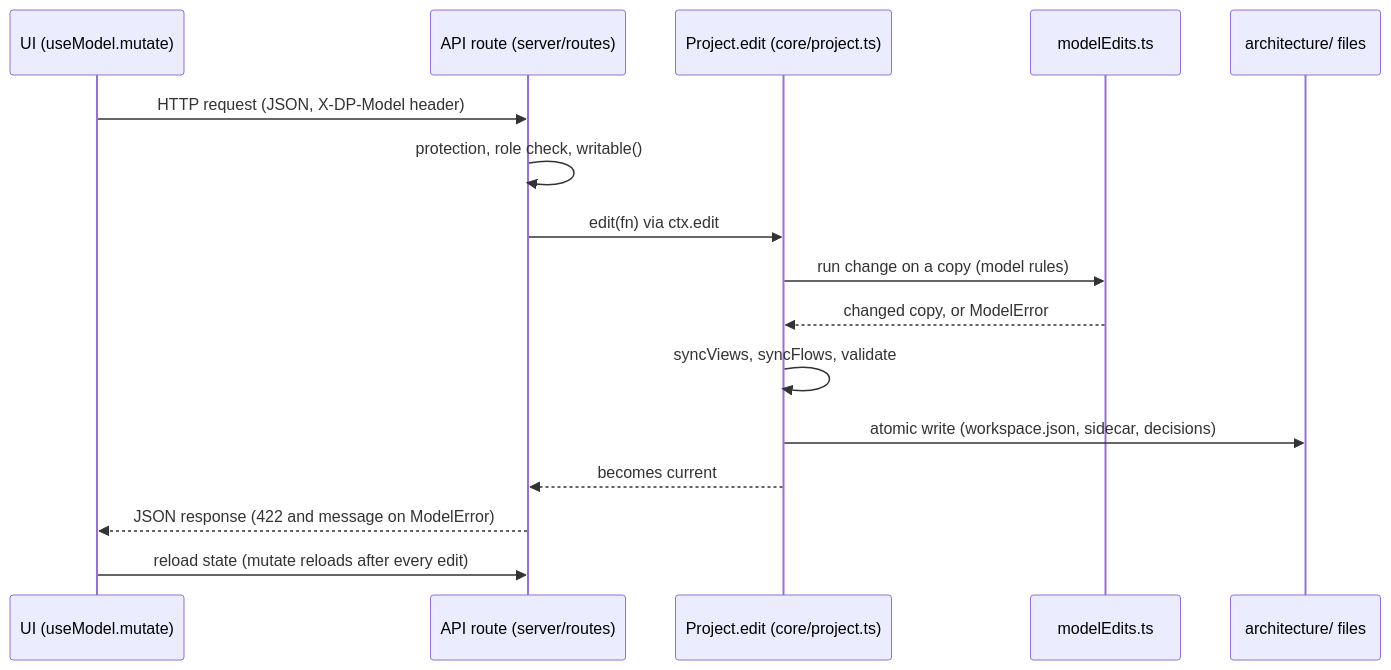
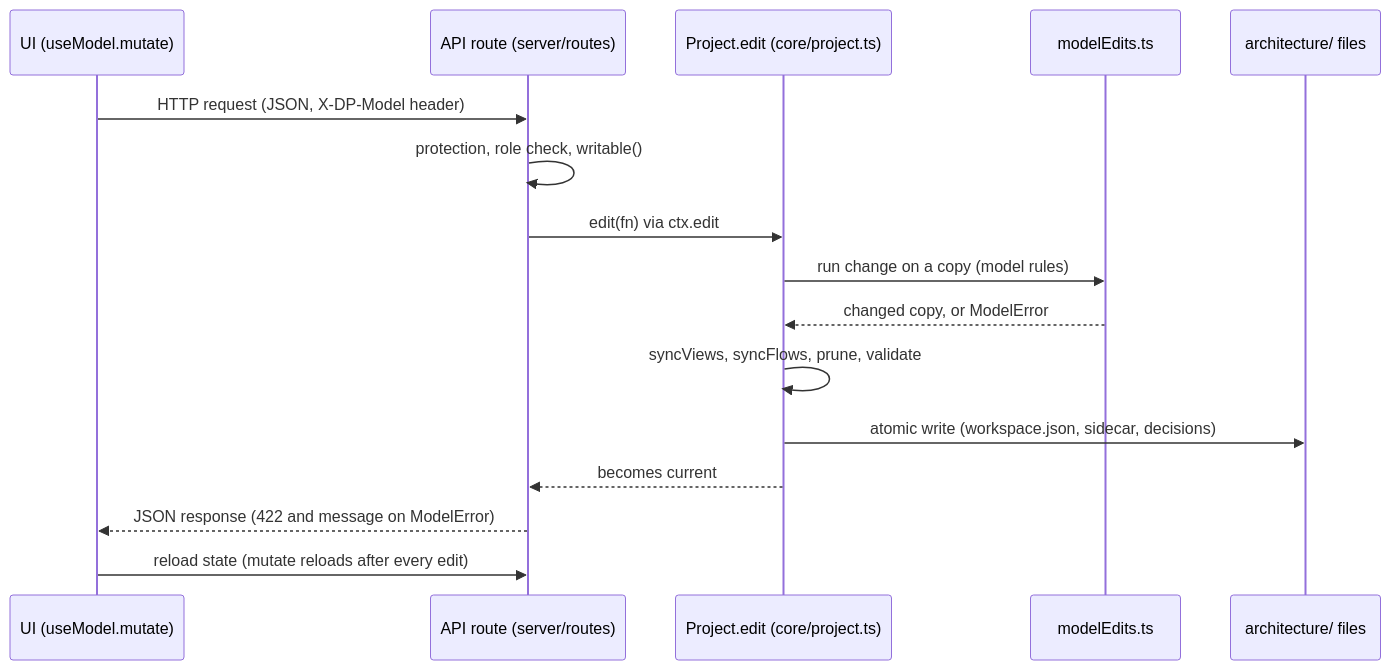
The fourth of 4 diagrams in docs/architecture.md (AbhishekR3/designPerspectives), drawn with Mermaid before and after one commit. The commit also changed other lines of this file and 13 other files, not shown here.

````diff
--- a/docs/architecture.md
+++ b/docs/architecture.md
@@ -143,18 +145,18 @@
 ```mermaid
 sequenceDiagram
   participant UI as UI (useModel.mutate)
   participant R as API route (server/routes)
   participant P as Project.edit (core/project.ts)
   participant M as modelEdits.ts
   participant D as architecture/ files
   UI->>R: HTTP request (JSON, X-DP-Model header)
   R->>R: protection, role check, writable()
   R->>P: edit(fn) via ctx.edit
   P->>M: run change on a copy (model rules)
   M-->>P: changed copy, or ModelError
-  P->>P: syncViews, syncFlows, validate
+  P->>P: syncViews, syncFlows, prune, validate
   P->>D: atomic write (workspace.json, sidecar, decisions)
   P-->>R: becomes current
   R-->>UI: JSON response (422 and message on ModelError)
   UI->>R: reload state (mutate reloads after every edit)
 ```
````
